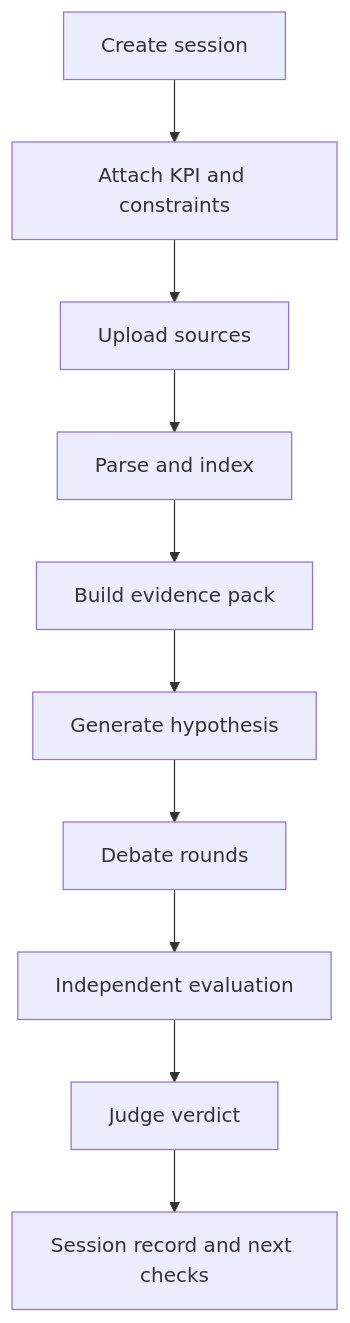
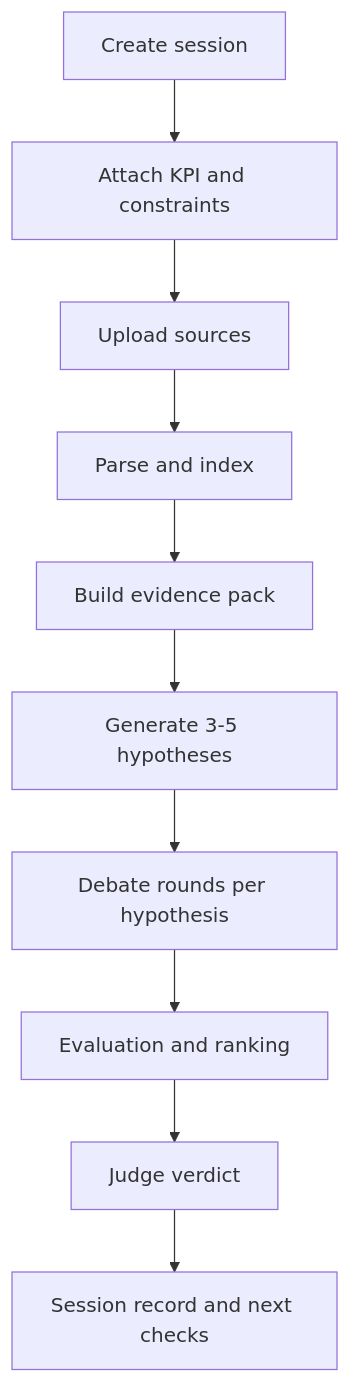
One commit to KroJIak/hypothesis-court changed the second of 2 diagrams in docs/02-Product-Model.md. Above: the diagram before and after it, drawn with Mermaid. The commit also changed other lines of this file and 29 other files, not shown here.

````diff
--- a/docs/02-Product-Model.md
+++ b/docs/02-Product-Model.md
@@ -91,12 +94,12 @@
 ```mermaid
 flowchart TD
     A[Create session] --> B[Attach KPI and constraints]
     B --> C[Upload sources]
     C --> D[Parse and index]
     D --> E[Build evidence pack]
-    E --> F[Generate hypothesis]
-    F --> G[Debate rounds]
-    G --> H[Independent evaluation]
+    E --> F[Generate 3-5 hypotheses]
+    F --> G[Debate rounds per hypothesis]
+    G --> H[Evaluation and ranking]
     H --> I[Judge verdict]
     I --> J[Session record and next checks]
 ```
````
